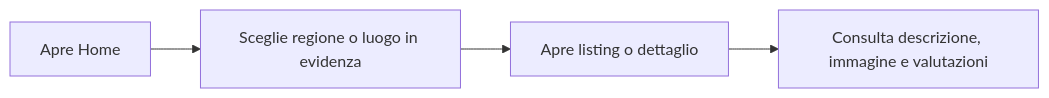
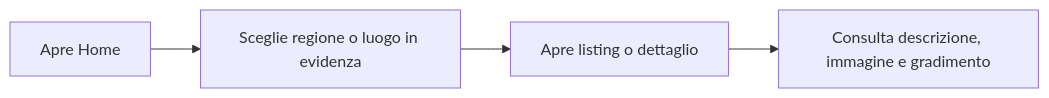
One commit to ricpastori/Progetto_Academy_MrDTwice changed the third of 6 diagrams in docs/information-architecture.md. Above: the diagram before and after it, drawn with Mermaid. The commit also changed other lines of this file and 23 other files, not shown here.

````diff
--- a/docs/information-architecture.md
+++ b/docs/information-architecture.md
@@ -83,6 +78,6 @@
 ```mermaid
 flowchart LR
   A["Apre Home"] --> B["Sceglie regione o luogo in evidenza"]
   B --> C["Apre listing o dettaglio"]
-  C --> D["Consulta descrizione, immagine e valutazioni"]
+  C --> D["Consulta descrizione, immagine e gradimento"]
 ```
````
